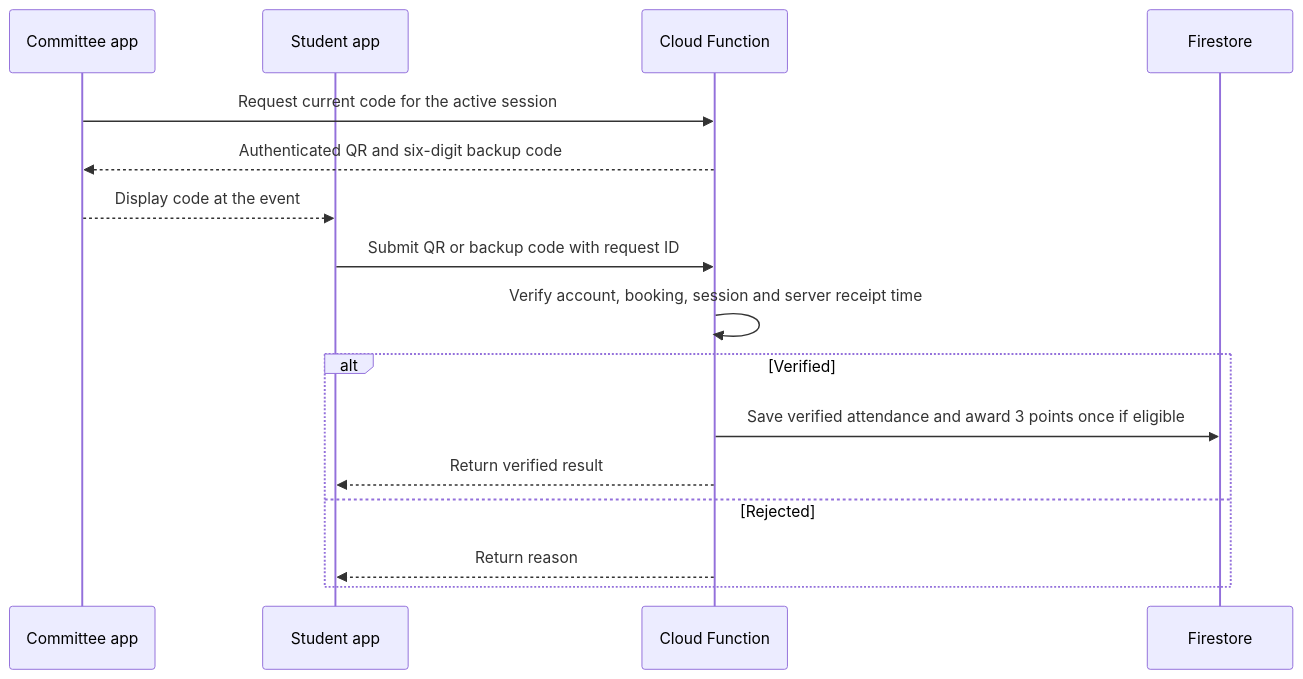
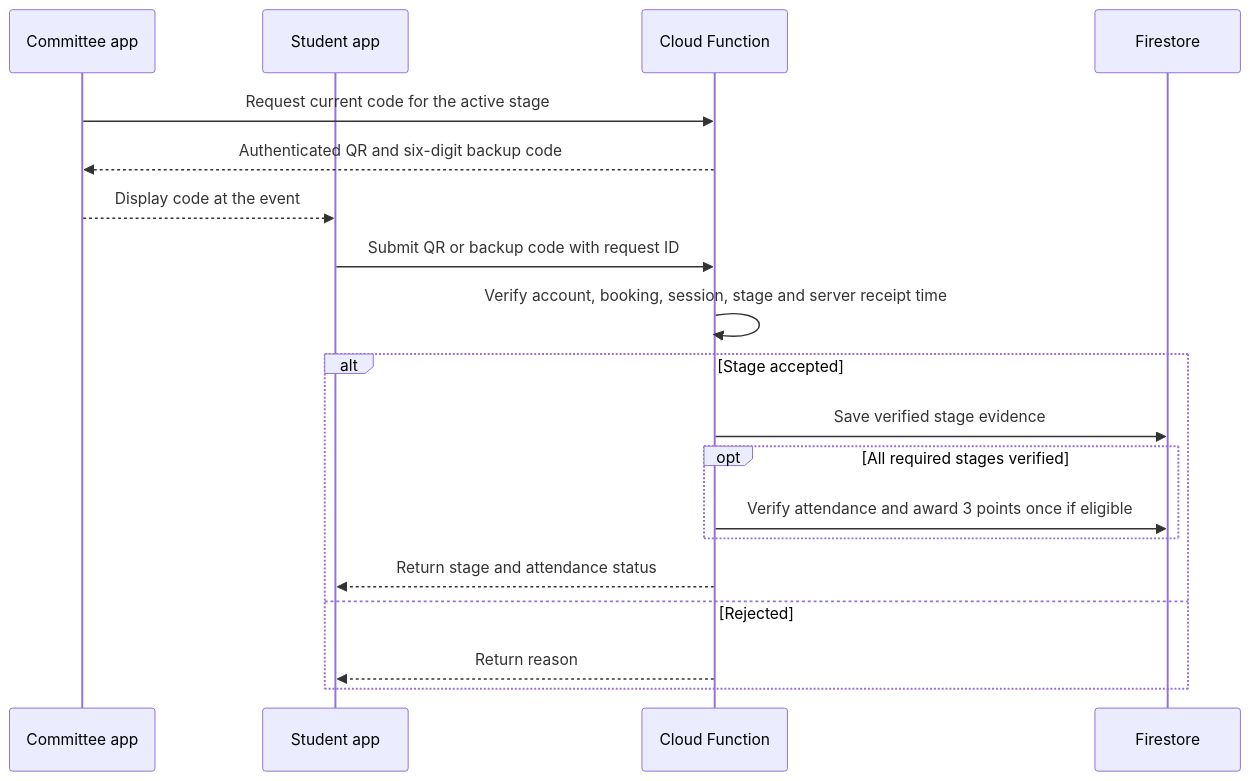
Before and after one commit to k31k1w0n9/Group-M-sCPD-Tracker: the first of 2 diagrams in docs/attendance-security-and-sync.md, drawn with Mermaid. The commit also changed other lines of this file and 81 other files, not shown here.

````diff
--- a/docs/attendance-security-and-sync.md
+++ b/docs/attendance-security-and-sync.md
@@ -18,18 +20,21 @@
 ```mermaid
 sequenceDiagram
   participant C as Committee app
   participant S as Student app
   participant F as Cloud Function
   participant DB as Firestore
-  C->>F: Request current code for the active session
+  C->>F: Request current code for the active stage
   F-->>C: Authenticated QR and six-digit backup code
   C-->>S: Display code at the event
   S->>F: Submit QR or backup code with request ID
-  F->>F: Verify account, booking, session and server receipt time
-  alt Verified
-    F->>DB: Save verified attendance and award 3 points once if eligible
-    F-->>S: Return verified result
+  F->>F: Verify account, booking, session, stage and server receipt time
+  alt Stage accepted
+    F->>DB: Save verified stage evidence
+    opt All required stages verified
+      F->>DB: Verify attendance and award 3 points once if eligible
+    end
+    F-->>S: Return stage and attendance status
   else Rejected
     F-->>S: Return reason
   end
 ```
````
